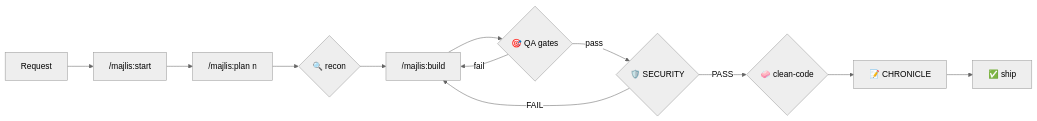
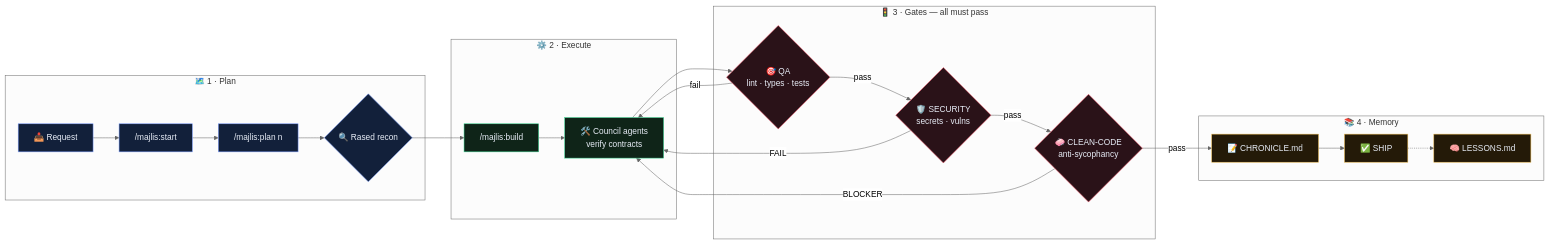
The diagram in README.md (1stANUNNAKI/The-Council), drawn with Mermaid (neutral theme) before and after one commit. The commit also changed other lines of this file and 456 other files, not shown here.

````diff
--- a/README.md
+++ b/README.md
@@ -123,14 +76,33 @@
 ```mermaid
 flowchart LR
-    A["Request"] --> B["/majlis:start"]
-    B --> C["/majlis:plan n"]
-    C --> R{"🔍 recon"}
-    R --> D["/majlis:build"]
-    D --> Q{"🎯 QA gates"}
-    Q -->|fail| D
-    Q -->|pass| S{"🛡️ SECURITY"}
-    S -->|FAIL| D
-    S -->|PASS| N{"🧼 clean-code"}
-    N --> L["📝 CHRONICLE"]
-    L --> X["✅ ship"]
+    subgraph PLAN["🗺️ 1 · Plan"]
+        A["📥 Request"] --> B["/majlis:start"]
+        B --> C["/majlis:plan n"]
+        C --> R{"🔍 Rased recon"}
+    end
+    subgraph EXEC["⚙️ 2 · Execute"]
+        R --> D["/majlis:build"]
+        D --> E["🛠️ Council agents<br/>verify contracts"]
+    end
+    subgraph GATES["🚦 3 · Gates — all must pass"]
+        E --> Q{"🎯 QA<br/>lint · types · tests"}
+        Q -->|fail| E
+        Q -->|pass| S{"🛡️ SECURITY<br/>secrets · vulns"}
+        S -->|FAIL| E
+        S -->|pass| N{"🧼 CLEAN-CODE<br/>anti-sycophancy"}
+        N -->|BLOCKER| E
+    end
+    subgraph MEM["📚 4 · Memory"]
+        N -->|pass| L["📝 CHRONICLE.md"]
+        L --> X["✅ SHIP"]
+        X -.-> H["🧠 LESSONS.md"]
+    end
+    classDef plan fill:#12203a,stroke:#7c9eff,color:#e8edf7
+    classDef exec fill:#0f2418,stroke:#3ddc97,color:#e8edf7
+    classDef gate fill:#2a1218,stroke:#ff5d73,color:#e8edf7
+    classDef mem fill:#241a08,stroke:#e8b64c,color:#e8edf7
+    class A,B,C,R plan
+    class D,E exec
+    class Q,S,N gate
+    class L,X,H mem
 ```
````
